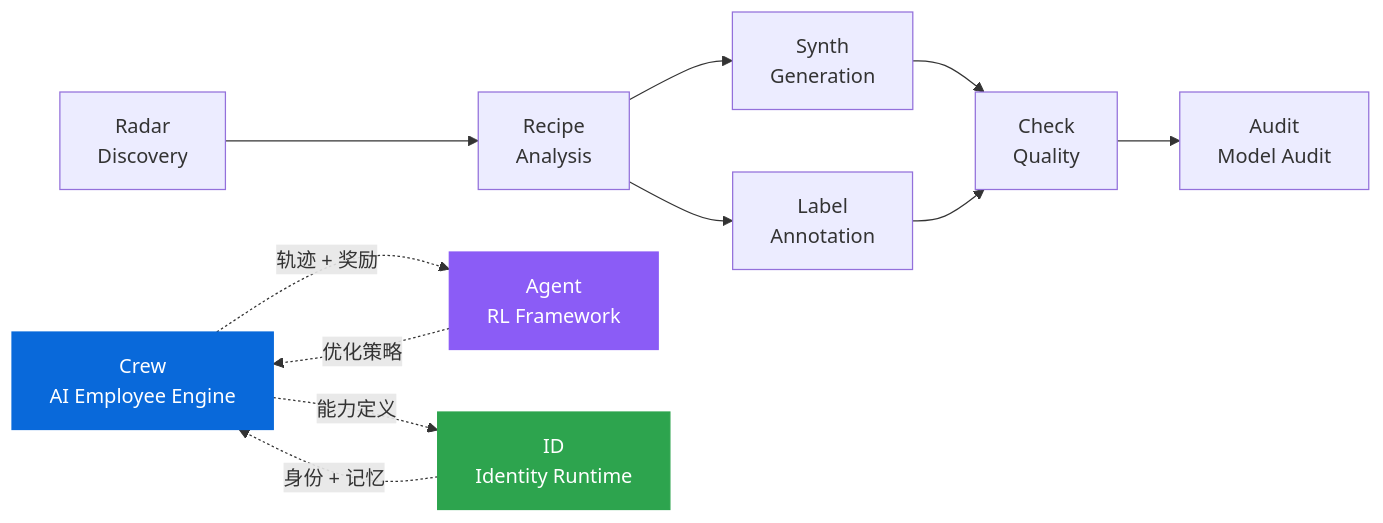
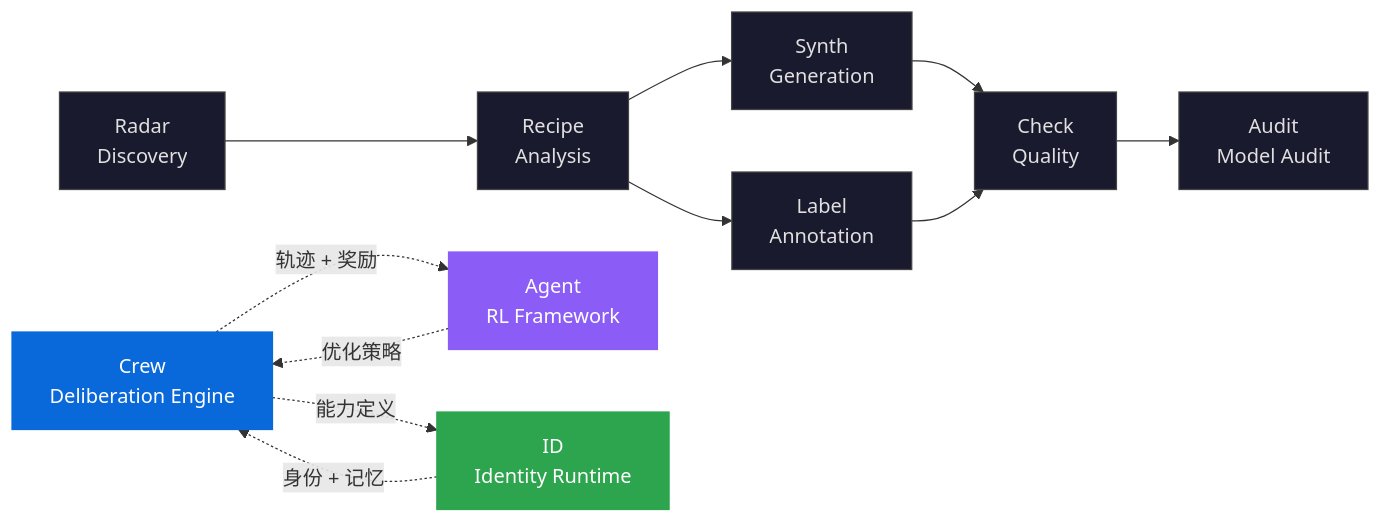
The third of 3 diagrams in README.md (liuxiaotong/knowlyr-crew), drawn with Mermaid before and after one commit. The commit also changed other lines of this file, not shown here.

````diff
--- a/README.md
+++ b/README.md
@@ -681,19 +812,26 @@
 ```mermaid
 graph LR
     Radar["Radar<br/>Discovery"] --> Recipe["Recipe<br/>Analysis"]
     Recipe --> Synth["Synth<br/>Generation"]
     Recipe --> Label["Label<br/>Annotation"]
     Synth --> Check["Check<br/>Quality"]
     Label --> Check
     Check --> Audit["Audit<br/>Model Audit"]
-    Crew["Crew<br/>AI Employee Engine"]
+    Crew["Crew<br/>Deliberation Engine"]
     Agent["Agent<br/>RL Framework"]
     ID["ID<br/>Identity Runtime"]
     Crew -.->|能力定义| ID
     ID -.->|身份 + 记忆| Crew
     Crew -.->|轨迹 + 奖励| Agent
     Agent -.->|优化策略| Crew
+
     style Crew fill:#0969da,color:#fff,stroke:#0969da
     style ID fill:#2da44e,color:#fff,stroke:#2da44e
     style Agent fill:#8b5cf6,color:#fff,stroke:#8b5cf6
+    style Radar fill:#1a1a2e,color:#e0e0e0,stroke:#444
+    style Recipe fill:#1a1a2e,color:#e0e0e0,stroke:#444
+    style Synth fill:#1a1a2e,color:#e0e0e0,stroke:#444
+    style Label fill:#1a1a2e,color:#e0e0e0,stroke:#444
+    style Check fill:#1a1a2e,color:#e0e0e0,stroke:#444
+    style Audit fill:#1a1a2e,color:#e0e0e0,stroke:#444
 ```
````
